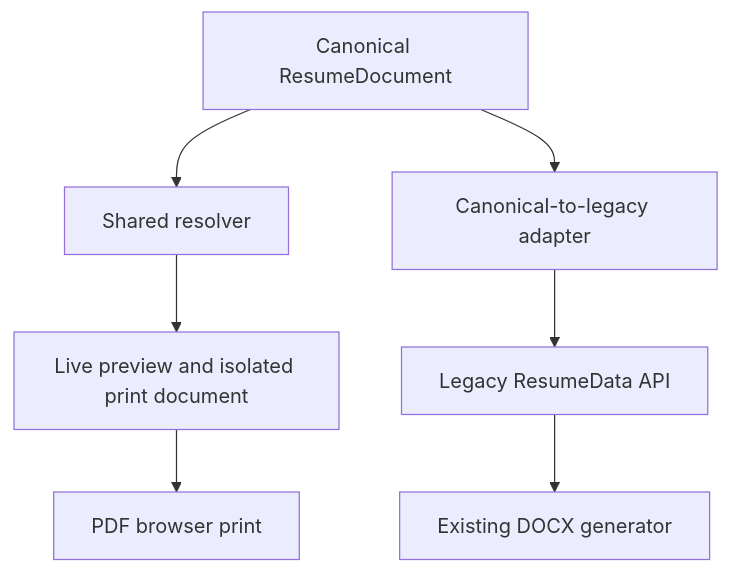
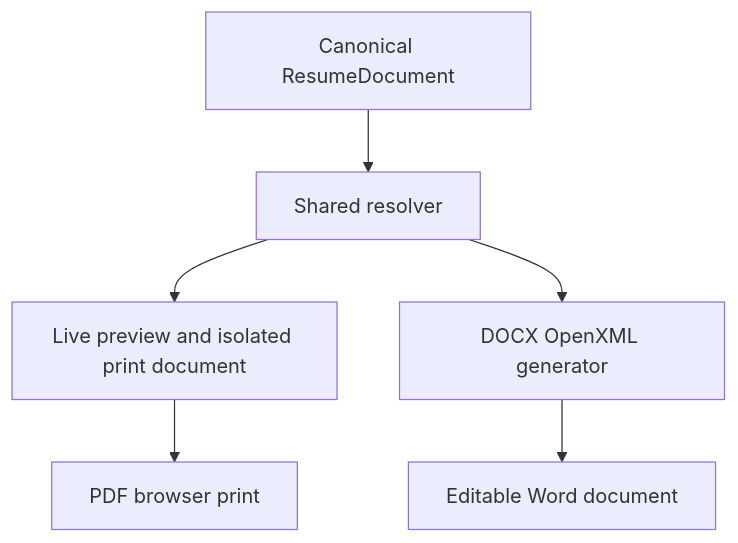
Before and after one commit to funkyvibespk/cvmaker: the second of 2 diagrams in docs/ARCHITECTURE.md, drawn with Mermaid. The commit also changed other lines of this file and 9 other files, not shown here.

````diff
--- a/docs/ARCHITECTURE.md
+++ b/docs/ARCHITECTURE.md
@@ -107,9 +107,8 @@
 ```mermaid
 flowchart TD
     Canonical["Canonical ResumeDocument"] --> Resolver["Shared resolver"]
     Resolver --> Presentation["Live preview and isolated print document"]
     Presentation --> PDF["PDF browser print"]
-    Canonical --> Adapter["Canonical-to-legacy adapter"]
-    Adapter --> Legacy["Legacy ResumeData API"]
-    Legacy --> DOCX["Existing DOCX generator"]
+    Resolver --> DOCXGenerator["DOCX OpenXML generator"]
+    DOCXGenerator --> EditableWord["Editable Word document"]
 ```
````
